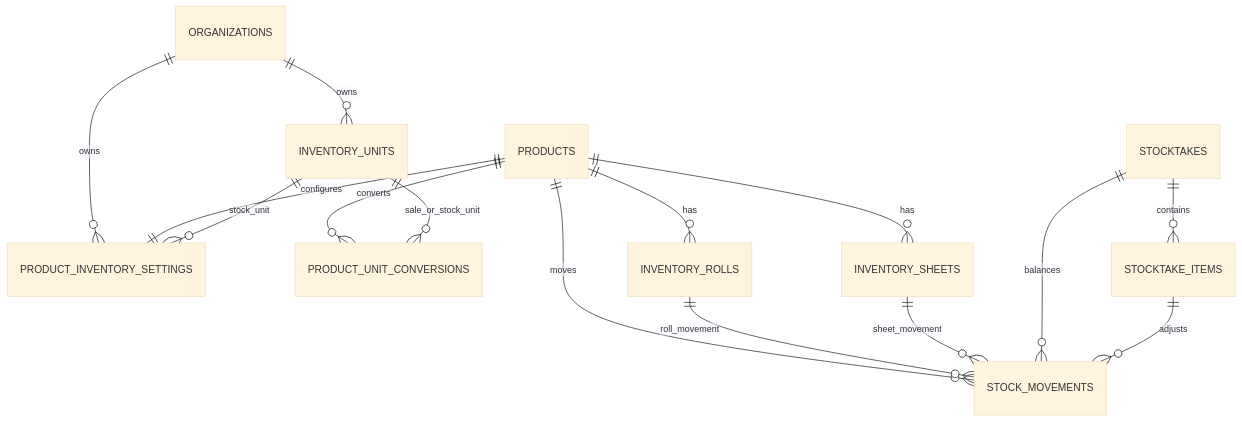
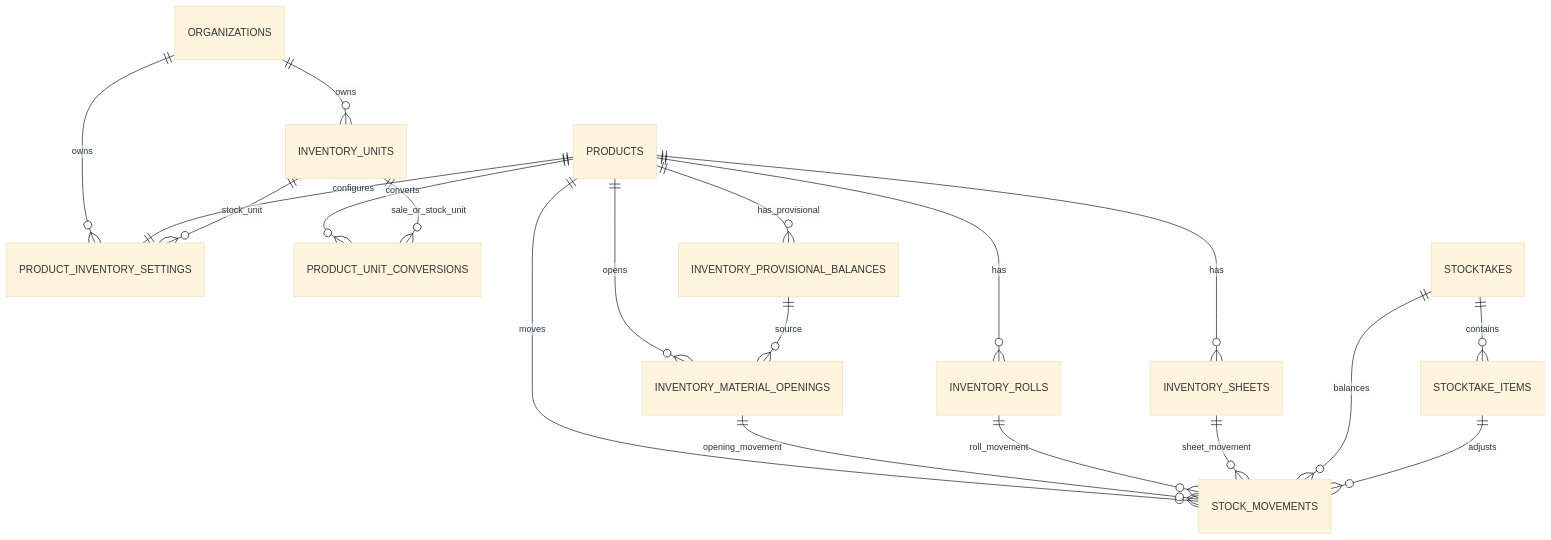
The diagram in docs/04-DATABASE/Inventory/INVENTORY-TABLES.md (vanlam-web/QC-OMS), drawn with Mermaid (base theme) before and after one commit. The commit also changed other lines of this file and 1 other file, not shown here.

Commit message:
docs: specify material opening inventory api db

````diff
--- a/docs/04-DATABASE/Inventory/INVENTORY-TABLES.md
+++ b/docs/04-DATABASE/Inventory/INVENTORY-TABLES.md
@@ -418,17 +545,21 @@
 ```mermaid
 erDiagram
     ORGANIZATIONS ||--o{ INVENTORY_UNITS : owns
     ORGANIZATIONS ||--o{ PRODUCT_INVENTORY_SETTINGS : owns
     PRODUCTS ||--|| PRODUCT_INVENTORY_SETTINGS : configures
     INVENTORY_UNITS ||--o{ PRODUCT_INVENTORY_SETTINGS : stock_unit
     PRODUCTS ||--o{ PRODUCT_UNIT_CONVERSIONS : converts
     INVENTORY_UNITS ||--o{ PRODUCT_UNIT_CONVERSIONS : sale_or_stock_unit
     PRODUCTS ||--o{ INVENTORY_ROLLS : has
     PRODUCTS ||--o{ INVENTORY_SHEETS : has
+    PRODUCTS ||--o{ INVENTORY_PROVISIONAL_BALANCES : has_provisional
+    PRODUCTS ||--o{ INVENTORY_MATERIAL_OPENINGS : opens
     PRODUCTS ||--o{ STOCK_MOVEMENTS : moves
+    INVENTORY_PROVISIONAL_BALANCES ||--o{ INVENTORY_MATERIAL_OPENINGS : source
+    INVENTORY_MATERIAL_OPENINGS ||--o{ STOCK_MOVEMENTS : opening_movement
     INVENTORY_ROLLS ||--o{ STOCK_MOVEMENTS : roll_movement
     INVENTORY_SHEETS ||--o{ STOCK_MOVEMENTS : sheet_movement
     STOCKTAKES ||--o{ STOCKTAKE_ITEMS : contains
     STOCKTAKES ||--o{ STOCK_MOVEMENTS : balances
     STOCKTAKE_ITEMS ||--o{ STOCK_MOVEMENTS : adjusts
 ```
````
